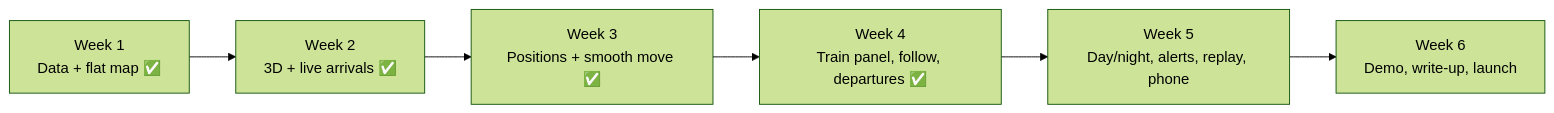
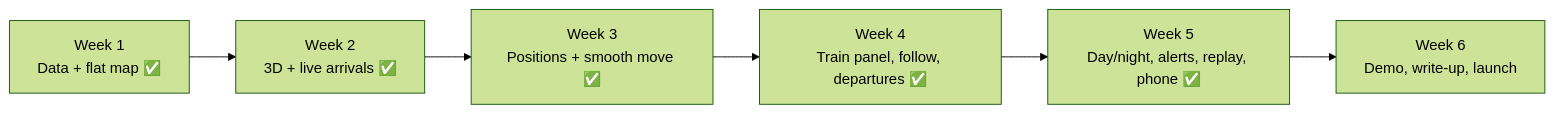
The fourth of 4 diagrams in docs/FLOWCHART.md (GOURAVPY/3d-UK-), drawn with Mermaid (forest theme) before and after one commit. The commit also changed 3 other files, not shown here.

Commit message:
Docs: week 5 train timeline, alerts, phone polish and replay

````diff
--- a/docs/FLOWCHART.md
+++ b/docs/FLOWCHART.md
@@ -47,8 +47,8 @@
 ```mermaid
 flowchart LR
     W1[Week 1<br/>Data + flat map ✅] --> W2[Week 2<br/>3D + live arrivals ✅]
     W2 --> W3[Week 3<br/>Positions + smooth move ✅]
     W3 --> W4[Week 4<br/>Train panel, follow, departures ✅]
-    W4 --> W5[Week 5<br/>Day/night, alerts, replay, phone]
+    W4 --> W5[Week 5<br/>Day/night, alerts, replay, phone ✅]
     W5 --> W6[Week 6<br/>Demo, write-up, launch]
 ```
````
